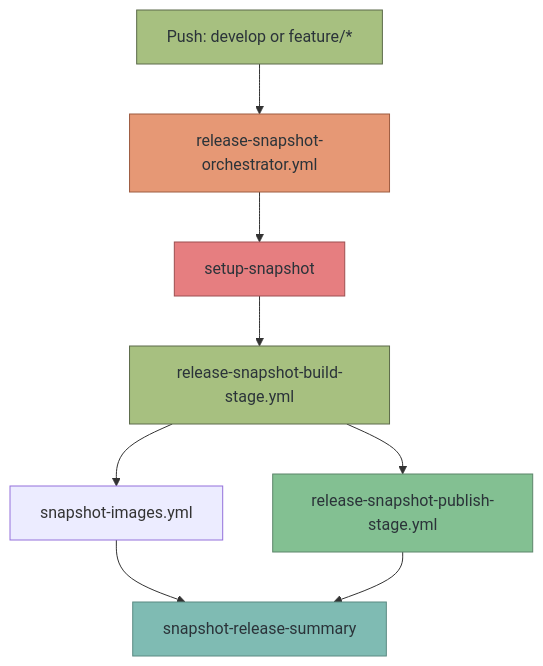
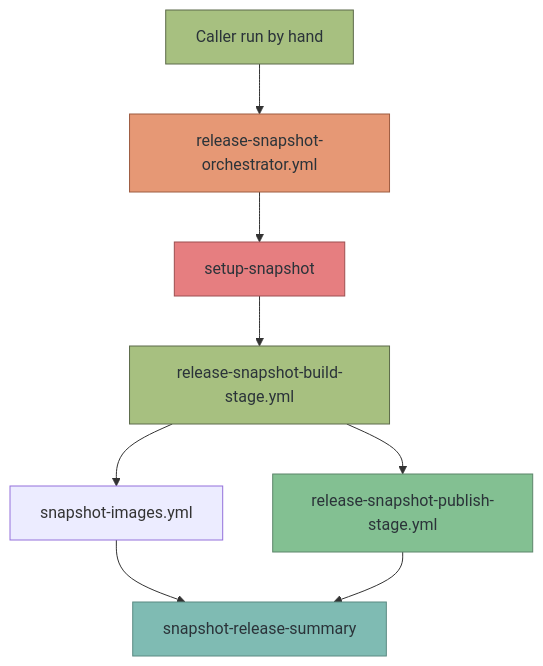
The third of 3 diagrams in docs/workflows.md (hanklankorg/fc-forge-ci), drawn with Mermaid before and after one commit. The commit also changed 41 other files, not shown here.

````diff
--- a/docs/workflows.md
+++ b/docs/workflows.md
@@ -268,17 +268,17 @@
 ```mermaid
 graph TD
-    A[Push: develop or feature/*] --> B[release-snapshot-orchestrator.yml]
+    A[Caller run by hand] --> B[release-snapshot-orchestrator.yml]
     B --> C[setup-snapshot]
     C --> D[release-snapshot-build-stage.yml]
     D --> E[release-snapshot-publish-stage.yml]
     D --> G[snapshot-images.yml]
     G --> F[snapshot-release-summary]
     E --> F[snapshot-release-summary]
 
     style A fill:#a7c080,stroke:#5c6a4a,color:#2b3339
     style B fill:#e69875,stroke:#9d5c41,color:#2b3339
     style C fill:#e67e80,stroke:#9d4f50,color:#2b3339
     style D fill:#a7c080,stroke:#5c6a4a,color:#2b3339
     style E fill:#83c092,stroke:#5c856a,color:#2b3339
     style F fill:#7fbbb3,stroke:#5a8a82,color:#2b3339
 ```
````
